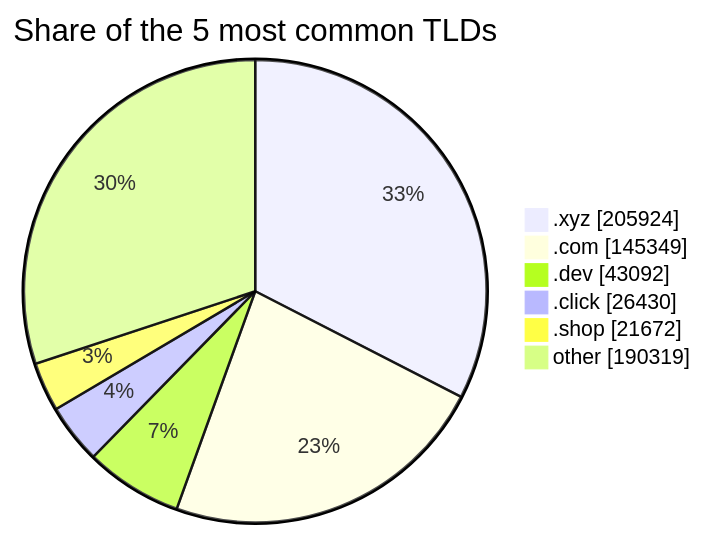
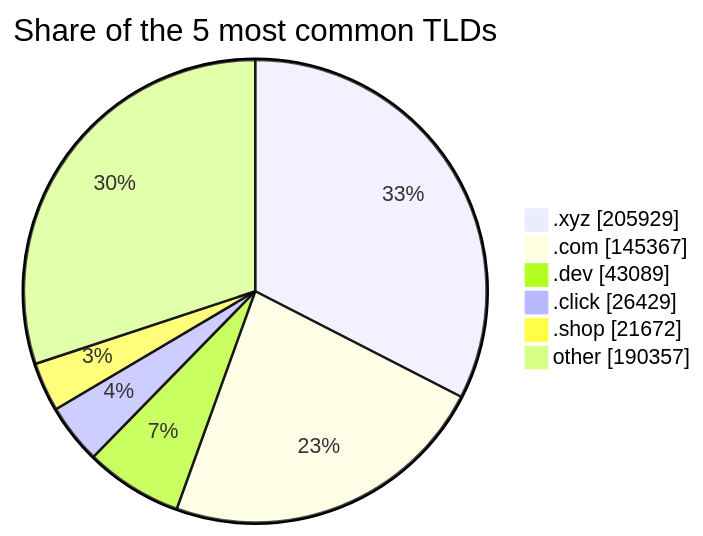
The third of 3 diagrams in README.md (DNSBunker/CTI), drawn with Mermaid before and after one commit. The commit also changed other lines of this file and 3 other files, not shown here.

````diff
--- a/README.md
+++ b/README.md
@@ -81,9 +81,9 @@
 ```mermaid
 pie showData title Share of the 5 most common TLDs
-    ".xyz" : 205924
-    ".com" : 145349
-    ".dev" : 43092
-    ".click" : 26430
+    ".xyz" : 205929
+    ".com" : 145367
+    ".dev" : 43089
+    ".click" : 26429
     ".shop" : 21672
-    "other" : 190319
+    "other" : 190357
 ```
````
